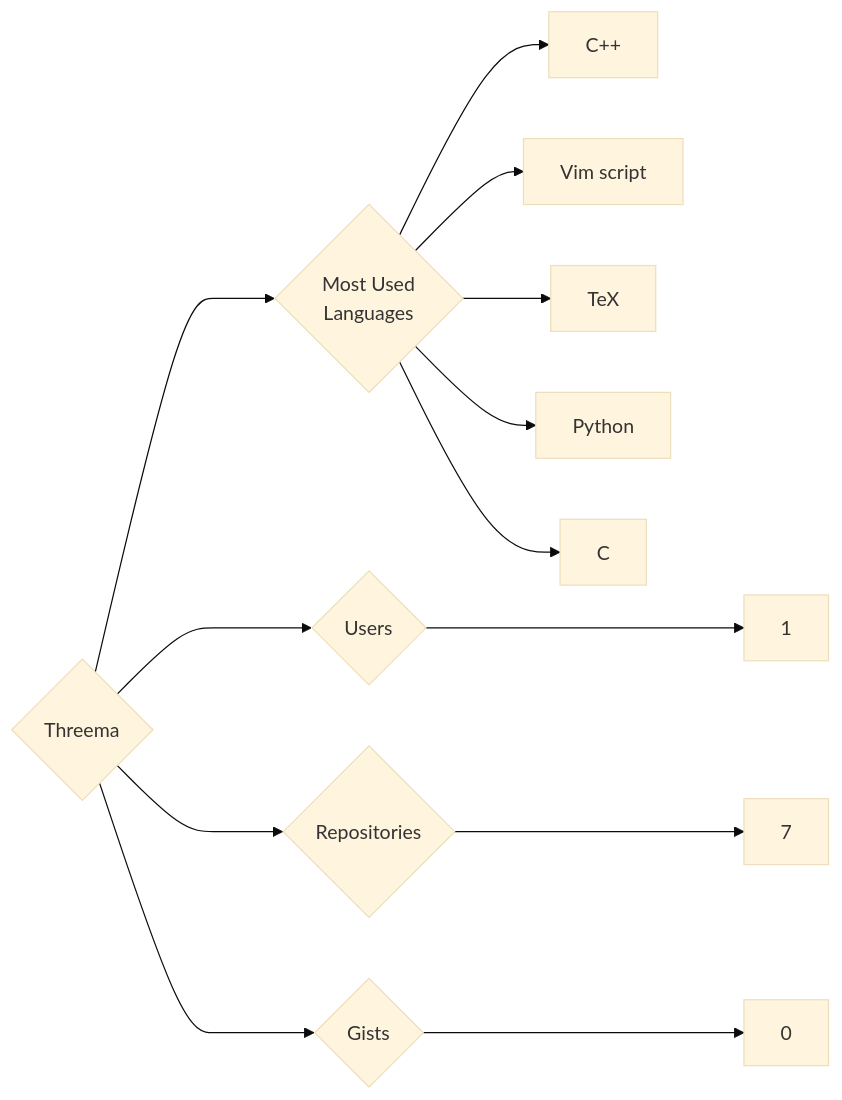
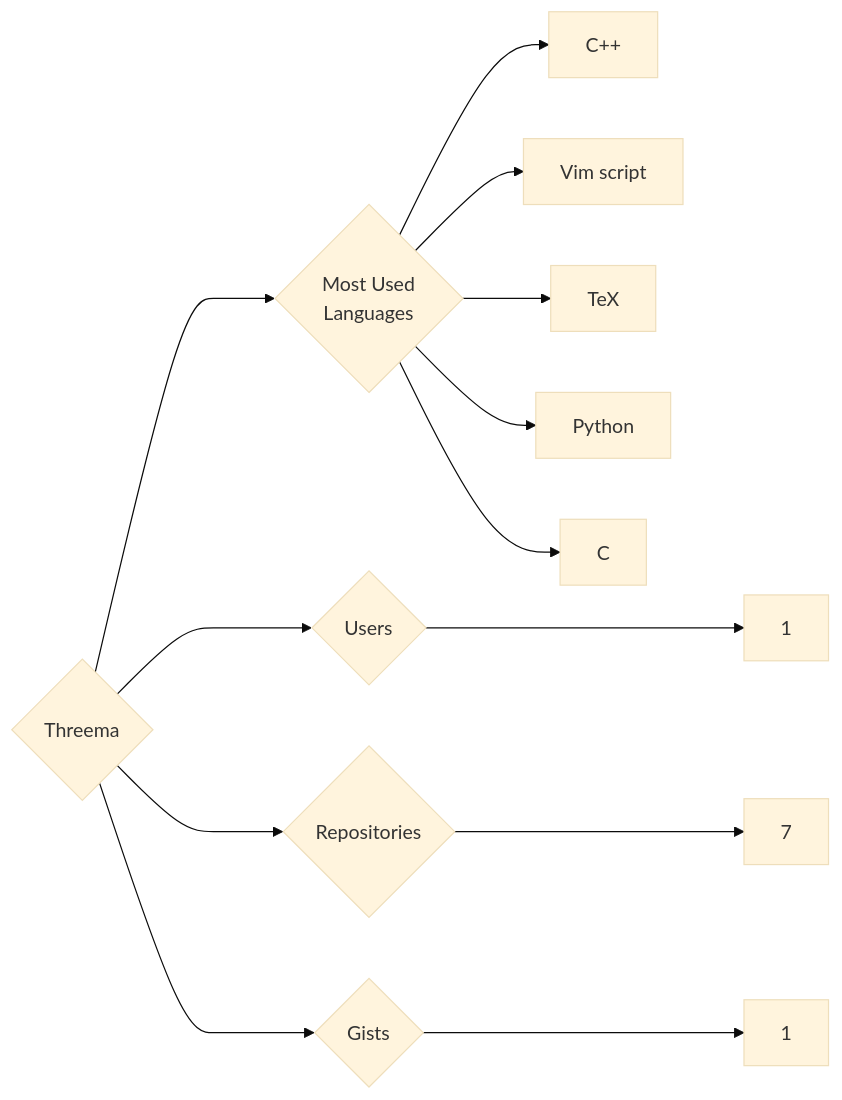
One commit to trickest/insiders changed the diagram in targets/Threema/README.md. Above: the diagram before and after it, drawn with Mermaid (base theme). The commit also changed 878 other files, not shown here.

````diff
--- a/targets/Threema/README.md
+++ b/targets/Threema/README.md
@@ -3,13 +3,13 @@
 ```mermaid
 graph LR
 COMPANY_NAME{Threema}
 COMPANY_NAME ---> U{Users} ---> UN[1]
 COMPANY_NAME ---> R{Repositories} ---> RN[7]
-COMPANY_NAME ---> G{Gists} ---> GN[0]
+COMPANY_NAME ---> G{Gists} ---> GN[1]
 COMPANY_NAME ---> ML{Most Used<br>Languages}
 ML --> C++[C++]
 ML --> Vim_script[Vim script]
 ML --> TeX[TeX]
 ML --> Python[Python]
 ML --> C[C]
 ```
````
